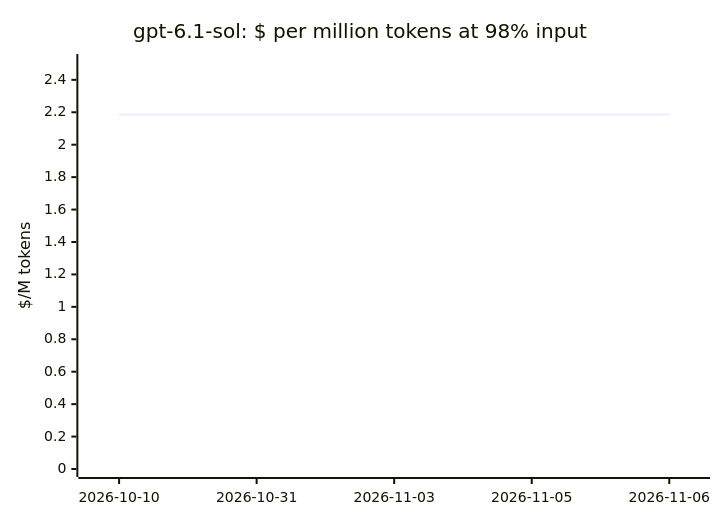
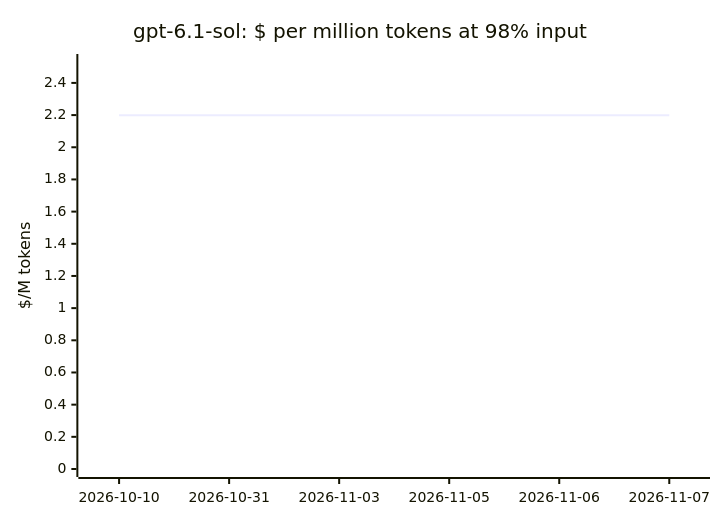
One commit to cklukas/OMEGA_TRANSFORM changed diagram 13 of 20 in docs/openrouter-models.md. Above: the diagram before and after it, drawn with Mermaid. The commit also changed other lines of this file and 68 other files, not shown here.

````diff
--- a/docs/openrouter-models.md
+++ b/docs/openrouter-models.md
@@ -258,7 +247,7 @@
 ```mermaid
 xychart-beta
     title "gpt-6.1-sol: $ per million tokens at 98% input"
-    x-axis ["2026-10-10", "2026-10-31", "2026-11-03", "2026-11-05", "2026-11-06"]
-    y-axis "$/M tokens" 0 --> 2.51
-    line [2.187, 2.187, 2.187, 2.187, 2.187]
+    x-axis ["2026-10-10", "2026-10-31", "2026-11-03", "2026-11-05", "2026-11-06", "2026-11-07"]
+    y-axis "$/M tokens" 0 --> 2.53
+    line [2.199, 2.199, 2.199, 2.199, 2.199, 2.199]
 ```
````
